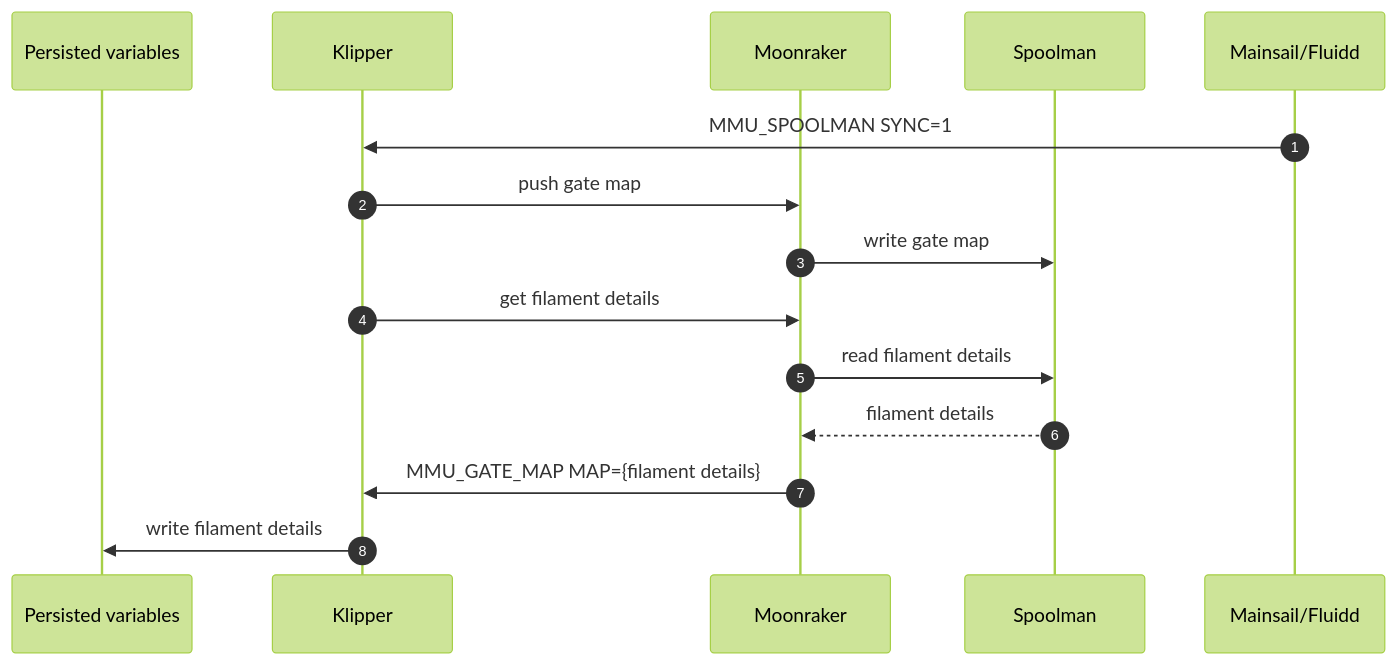
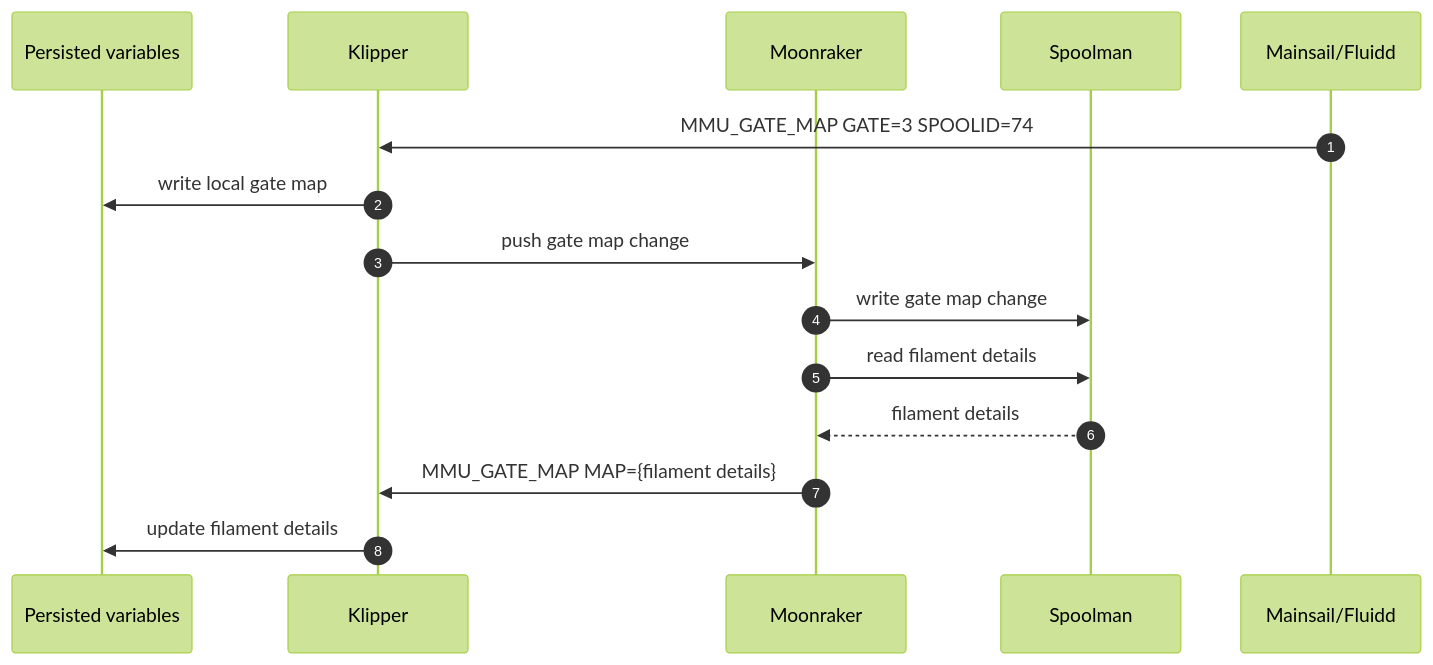
One commit to 3DCoded/Happy-Hare changed the fourth of 6 diagrams in Spoolman-Support.md. Above: the diagram before and after it, drawn with Mermaid (forest theme). The commit also changed other lines of this file, not shown here.

````diff
--- a/Spoolman-Support.md
+++ b/Spoolman-Support.md
@@ -124,19 +144,18 @@
 ```mermaid
 sequenceDiagram
     autonumber
     participant L as Persisted variables
     participant K as Klipper
     participant M as Moonraker
     participant S as Spoolman
     participant MF as Mainsail/Fluidd
 
-    MF->>K: MMU_SPOOLMAN SYNC=1
-    K->>M: push gate map
-    M->>S: write gate map
-
-    K->>M: get filament details
+    MF->>K: MMU_GATE_MAP GATE=3 SPOOLID=74
+    K->>L: write local gate map
+    K->>M: push gate map change
+    M->>S: write gate map change
     M->>S: read filament details
     S-->>M: filament details
     M->>K: MMU_GATE_MAP MAP={filament details}
-    K->>L: write filament details
+    K->>L: update filament details
 ```
````
